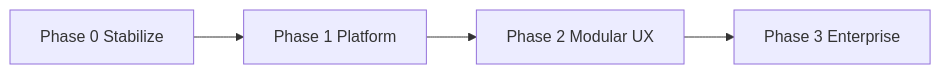
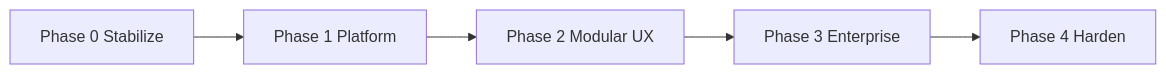
One commit to rheymarbayeta/PAMS changed the diagram in IMPLEMENTATION_ROADMAP.md. Above: the diagram before and after it, drawn with Mermaid. The commit also changed other lines of this file and 10 other files, not shown here.

Commit message:
feat: expand implementation roadmap with Phase 4 details, enhance OpenAPI specifications for new endpoints, and refactor backend waterworks routes for improved modularity and maintainability, while updating frontend components to support attachments and guided workflows

````diff
--- a/IMPLEMENTATION_ROADMAP.md
+++ b/IMPLEMENTATION_ROADMAP.md
@@ -266,8 +303,9 @@
 ```mermaid
 flowchart LR
   P0[Phase 0 Stabilize]
   P1[Phase 1 Platform]
   P2[Phase 2 Modular UX]
   P3[Phase 3 Enterprise]
-  P0 --> P1 --> P2 --> P3
+  P4[Phase 4 Harden]
+  P0 --> P1 --> P2 --> P3 --> P4
 ```
````
